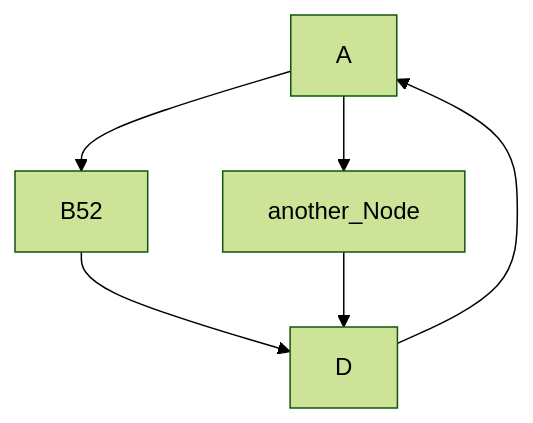
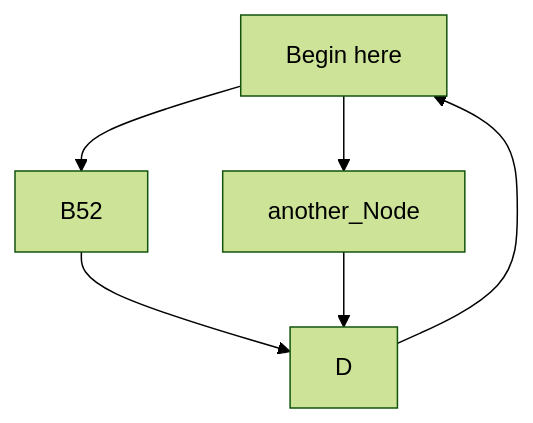
One commit to roveda/sandbox changed the diagram in docs/next_page.md. Above: the diagram before and after it, drawn with Mermaid (forest theme).

````diff
--- a/docs/next_page.md
+++ b/docs/next_page.md
@@ -24,9 +24,9 @@
 ```mermaid
 graph TD;
-    A-->B52;
+    A[Begin here]-->B52;
     A-->another_Node;
     B52-->D;
     another_Node-->D;
     D-->A;
 
 ```
````
